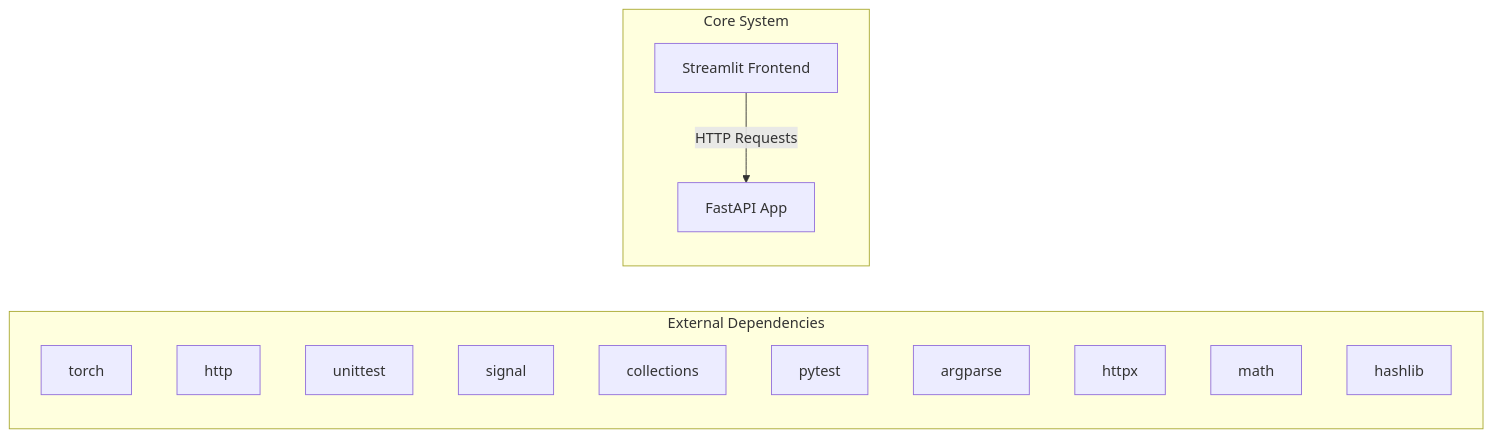
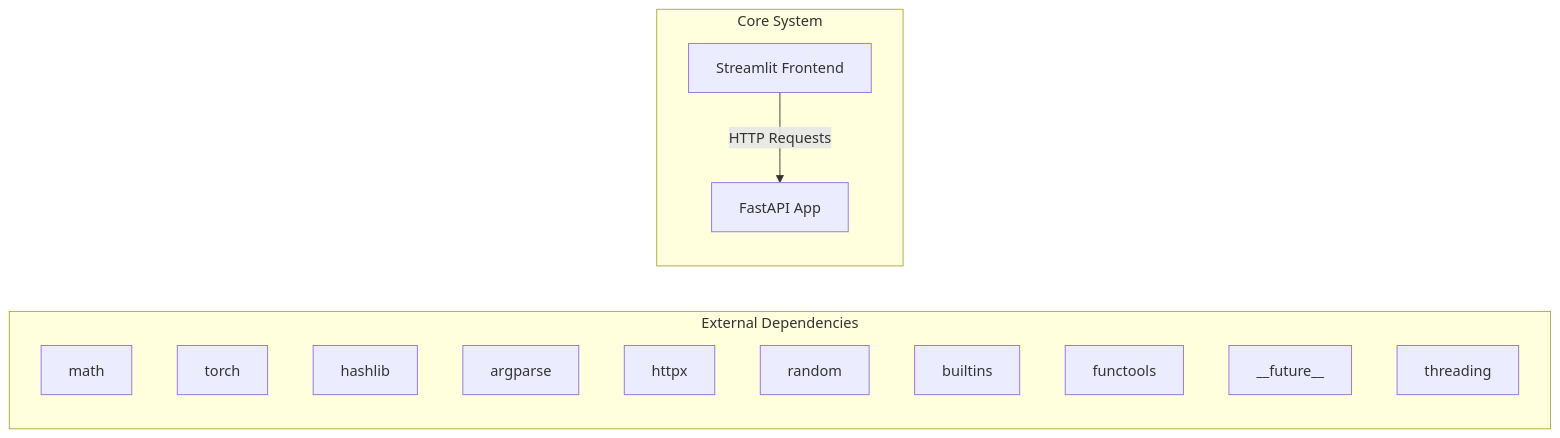
The first of 2 diagrams in docs/architecture.md (NITISH-R-G/rag-context-optimizer), drawn with Mermaid before and after one commit. The commit also changed 1 other file, not shown here.

Commit message:
docs: auto-update repository knowledge, architecture diagrams, and documentation

````diff
--- a/docs/architecture.md
+++ b/docs/architecture.md
@@ -7,20 +7,20 @@
 ```mermaid
 graph LR
     subgraph External Dependencies
-        E0["torch"]
-        E1["http"]
-        E2["unittest"]
-        E3["signal"]
-        E4["collections"]
-        E5["pytest"]
-        E6["argparse"]
-        E7["httpx"]
-        E8["math"]
-        E9["hashlib"]
+        E0["math"]
+        E1["torch"]
+        E2["hashlib"]
+        E3["argparse"]
+        E4["httpx"]
+        E5["random"]
+        E6["builtins"]
+        E7["functools"]
+        E8["__future__"]
+        E9["threading"]
     end
     subgraph Core System
         API["FastAPI App"]
         UI["Streamlit Frontend"]
     end
     UI -->|HTTP Requests| API
 ```
````
